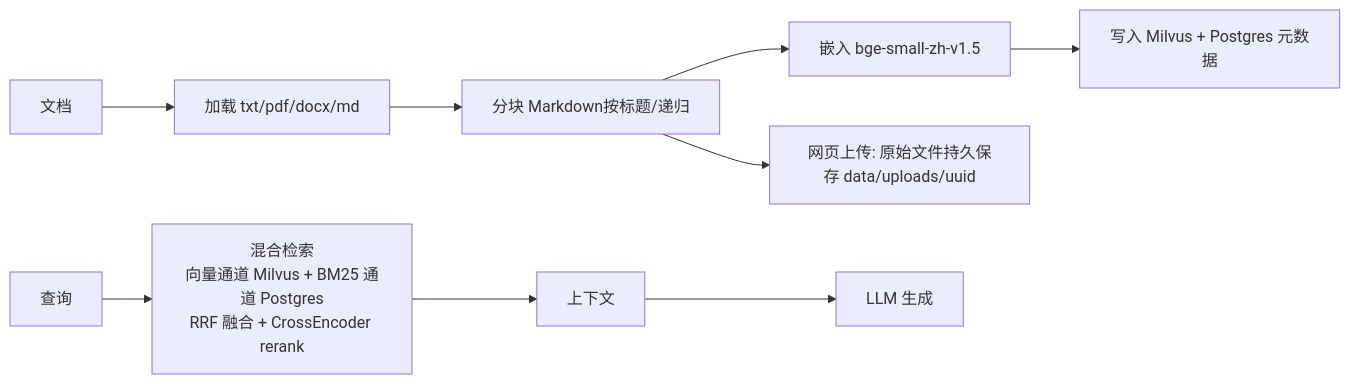
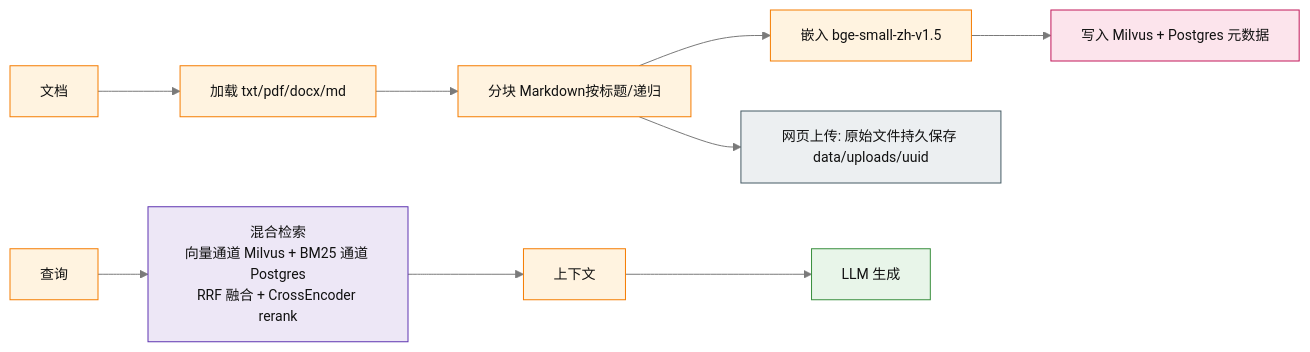
One commit to Zhuliqx/Agentchat changed the third of 4 diagrams in docs/ARCHITECTURE.md. Above: the diagram before and after it, drawn with Mermaid. The commit also changed other lines of this file and 5 other files, not shown here.

Commit message:
优化mermaid图

````diff
--- a/docs/ARCHITECTURE.md
+++ b/docs/ARCHITECTURE.md
@@ -95,8 +112,14 @@
 ```mermaid
+%%{init: {"theme":"base", "themeVariables": {"primaryColor":"#ecf3ff", "primaryBorderColor":"#3b6fd4", "primaryTextColor":"#111", "lineColor":"#7a7a7a", "fontSize":"14px", "clusterBkg":"#f7f8fa", "clusterBorder":"#c4c9d2", "secondaryColor":"#fef9ef", "tertiaryColor":"#f2f7f2", "actorBkg":"#ecf3ff", "actorBorder":"#3b6fd4", "noteBkg":"#fef9ef"}}}%%
 flowchart LR
-    D[文档] --> L[加载 txt/pdf/docx/md] --> C[分块 Markdown按标题/递归]
-    C --> E[嵌入 bge-small-zh-v1.5] --> W[写入 Milvus + Postgres 元数据]
-    C --> U[网页上传: 原始文件持久保存 data/uploads/uuid]
-    Q[查询] --> H[混合检索<br>向量通道 Milvus + BM25 通道 Postgres<br>RRF 融合 + CrossEncoder rerank]
-    H --> CTX[上下文] --> GEN[LLM 生成]
+    classDef agent fill:#e8f5e9,stroke:#388e3c
+    classDef api fill:#ede7f6,stroke:#5e35b1
+    classDef mem fill:#fce4ec,stroke:#c2185b
+    classDef rag fill:#fff3e0,stroke:#f57c00
+    classDef tool fill:#eceff1,stroke:#455a64
+    D[文档]:::rag --> L[加载 txt/pdf/docx/md]:::rag --> C[分块 Markdown按标题/递归]:::rag
+    C --> E[嵌入 bge-small-zh-v1.5]:::rag --> W[写入 Milvus + Postgres 元数据]:::mem
+    C --> U[网页上传: 原始文件持久保存 data/uploads/uuid]:::tool
+    Q[查询]:::rag --> H[混合检索<br>向量通道 Milvus + BM25 通道 Postgres<br>RRF 融合 + CrossEncoder rerank]:::api
+    H --> CTX[上下文]:::rag --> GEN[LLM 生成]:::agent
 ```
````
